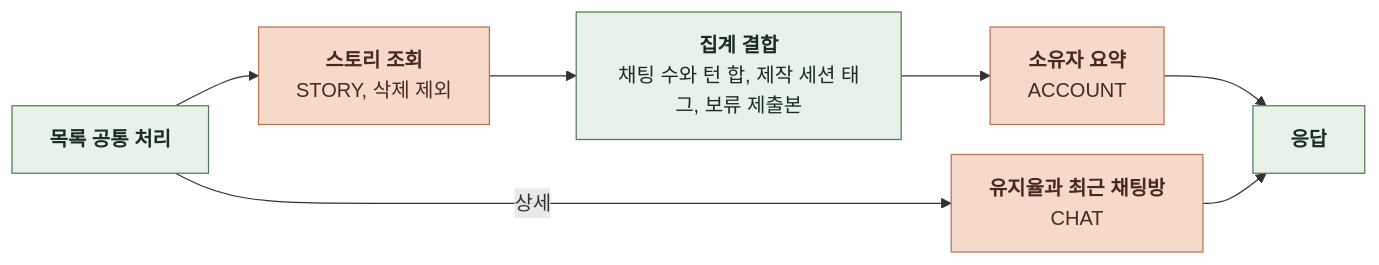
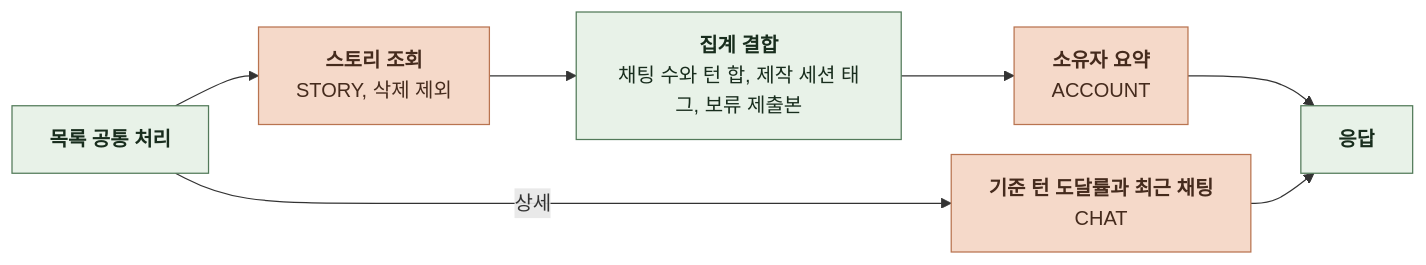
The seventh of 14 diagrams in docs/domain/ADMIN/BACKEND/4-1-PIPELINES.md (KIM-N-KANG/knk-harness), drawn with Mermaid before and after one commit. The commit also changed other lines of this file and 14 other files, not shown here.

````diff
--- a/docs/domain/ADMIN/BACKEND/4-1-PIPELINES.md
+++ b/docs/domain/ADMIN/BACKEND/4-1-PIPELINES.md
@@ -189,18 +189,18 @@
 ```mermaid
 %%{init: {"flowchart": {"curve": "basis", "nodeSpacing": 24, "rankSpacing": 40}}}%%
 flowchart LR
     A["`**목록 공통 처리**`"] --> B["`**스토리 조회**
 STORY, 삭제 제외`"]
     B --> C["`**집계 결합**
 채팅 수와 턴 합, 제작 세션 태그, 보류 제출본`"]
     C --> D["`**소유자 요약**
 ACCOUNT`"]
     D --> E["`**응답**`"]
-    A -->|상세| F["`**유지율과 최근 채팅방**
+    A -->|상세| F["`**기준 턴 도달률과 최근 채팅**
 CHAT`"]
     F --> E
     classDef comp fill:#E8F2E8,stroke:#527A59,color:#182D1D
     classDef task fill:#F5D9C9,stroke:#B97450,color:#452B1D
     class A,C,E comp
     class B,D,F task
 ```
````
